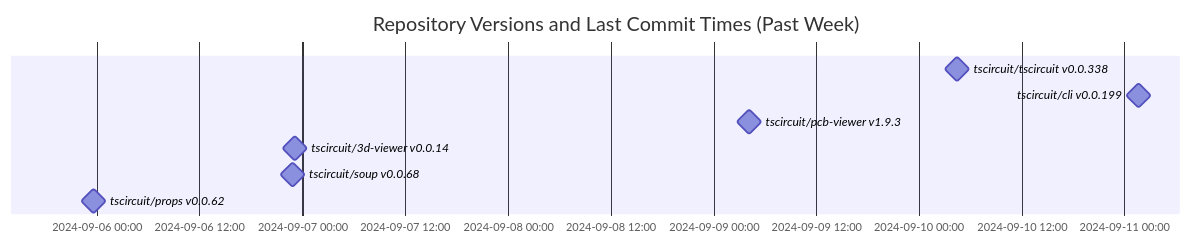
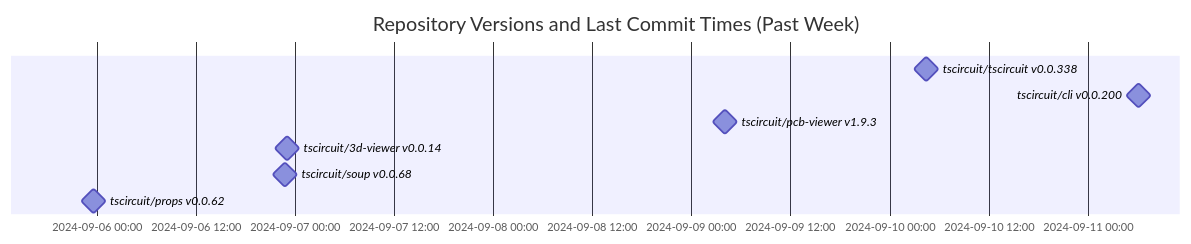
Before and after one commit to tscircuit/version-tracker: the diagram in README.md, drawn with Mermaid.

Commit message:
Update chart

````diff
--- a/README.md
+++ b/README.md
@@ -1,13 +1,13 @@
 ```mermaid
 gantt
   dateFormat  YYYY-MM-DD HH:mm:ss
   title Repository Versions and Last Commit Times (Past Week)
   axisFormat %Y-%m-%d %H:%M
 
   tscircuit/tscircuit v0.0.338 : milestone, 2024-09-10 04:23:10, 1s
-  tscircuit/cli v0.0.199 : milestone, 2024-09-11 01:37:04, 1s
+  tscircuit/cli v0.0.200 : milestone, 2024-09-11 06:09:02, 1s
   tscircuit/pcb-viewer v1.9.3 : milestone, 2024-09-09 04:08:34, 1s
   tscircuit/3d-viewer v0.0.14 : milestone, 2024-09-06 23:07:26, 1s
   tscircuit/soup v0.0.68 : milestone, 2024-09-06 22:51:33, 1s
   tscircuit/props v0.0.62 : milestone, 2024-09-05 23:38:33, 1s
 ```
````
